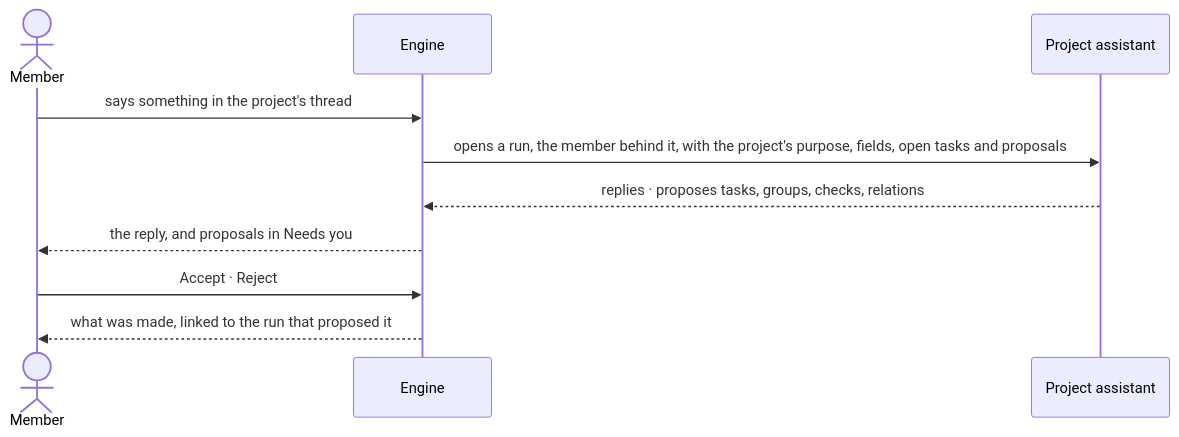
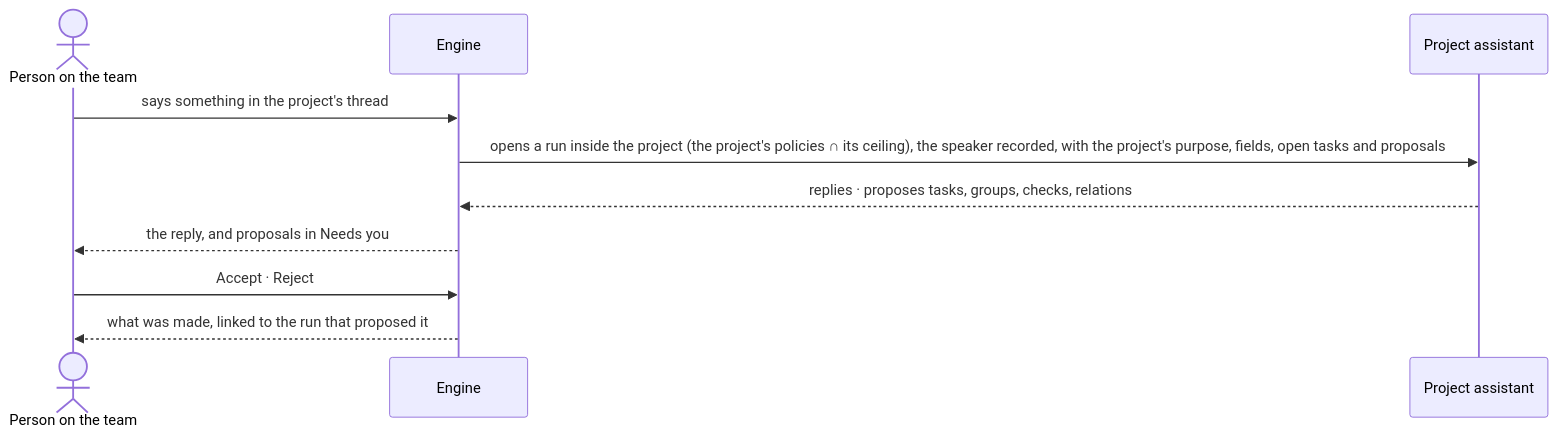
Before and after one commit to invana/invana: the second of 2 diagrams in specs/capabilities/projects/features/PJ-F01-projects-and-tasks/stories/PJ-21-ideate-with-the-project-assistant/story.md, drawn with Mermaid. The commit also changed other lines of this file and 456 other files, not shown here.

````diff
--- a/specs/capabilities/projects/features/PJ-F01-projects-and-tasks/stories/PJ-21-ideate-with-the-project-assistant/story.md
+++ b/specs/capabilities/projects/features/PJ-F01-projects-and-tasks/stories/PJ-21-ideate-with-the-project-assistant/story.md
@@ -51,12 +51,12 @@
 ```mermaid
 sequenceDiagram
-  actor M as Member
+  actor M as Person on the team
   participant E as Engine
   participant PA as Project assistant
   M->>E: says something in the project's thread
-  E->>PA: opens a run, the member behind it, with the project's purpose, fields, open tasks and proposals
+  E->>PA: opens a run inside the project (the project's policies ∩ its ceiling), the speaker recorded, with the project's purpose, fields, open tasks and proposals
   PA-->>E: replies · proposes tasks, groups, checks, relations
   E-->>M: the reply, and proposals in Needs you
   M->>E: Accept · Reject
   E-->>M: what was made, linked to the run that proposed it
 ```
````
